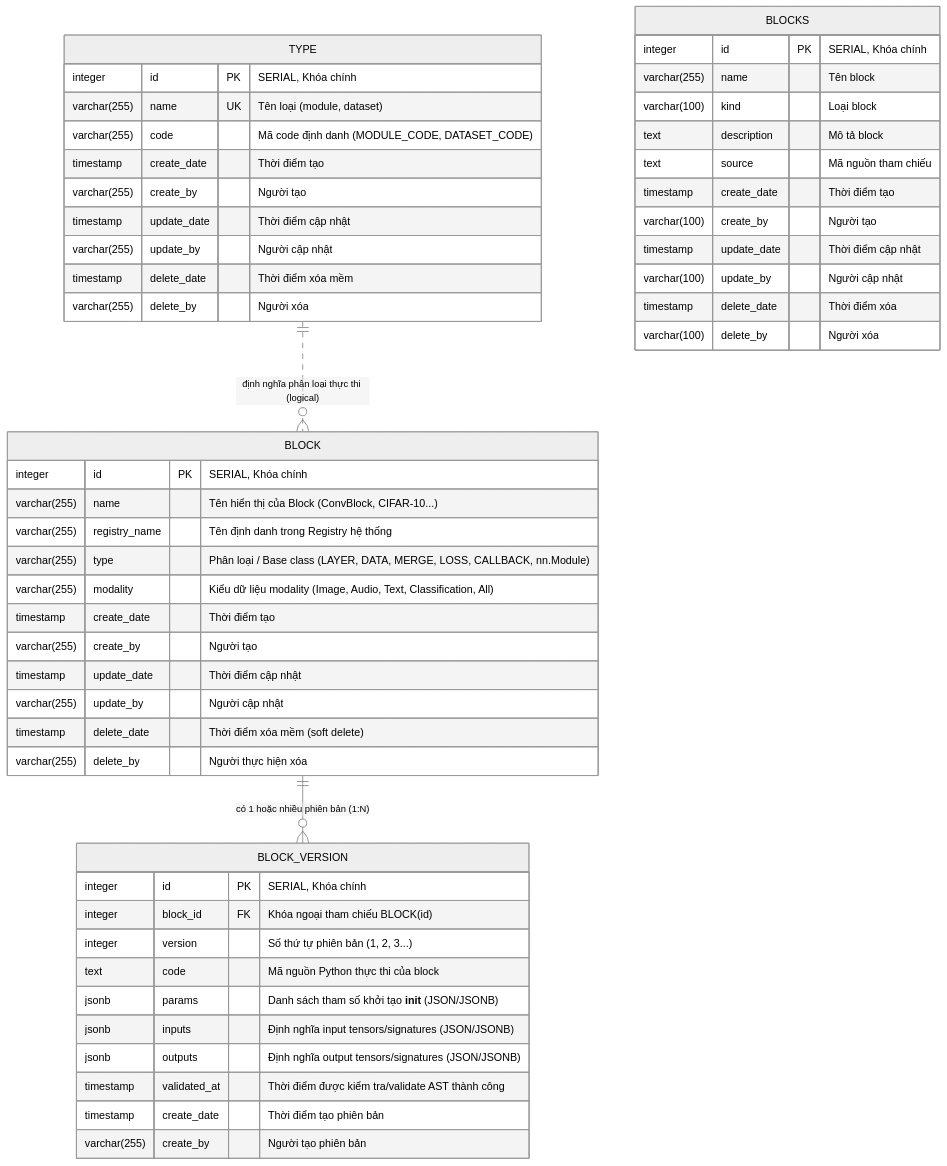
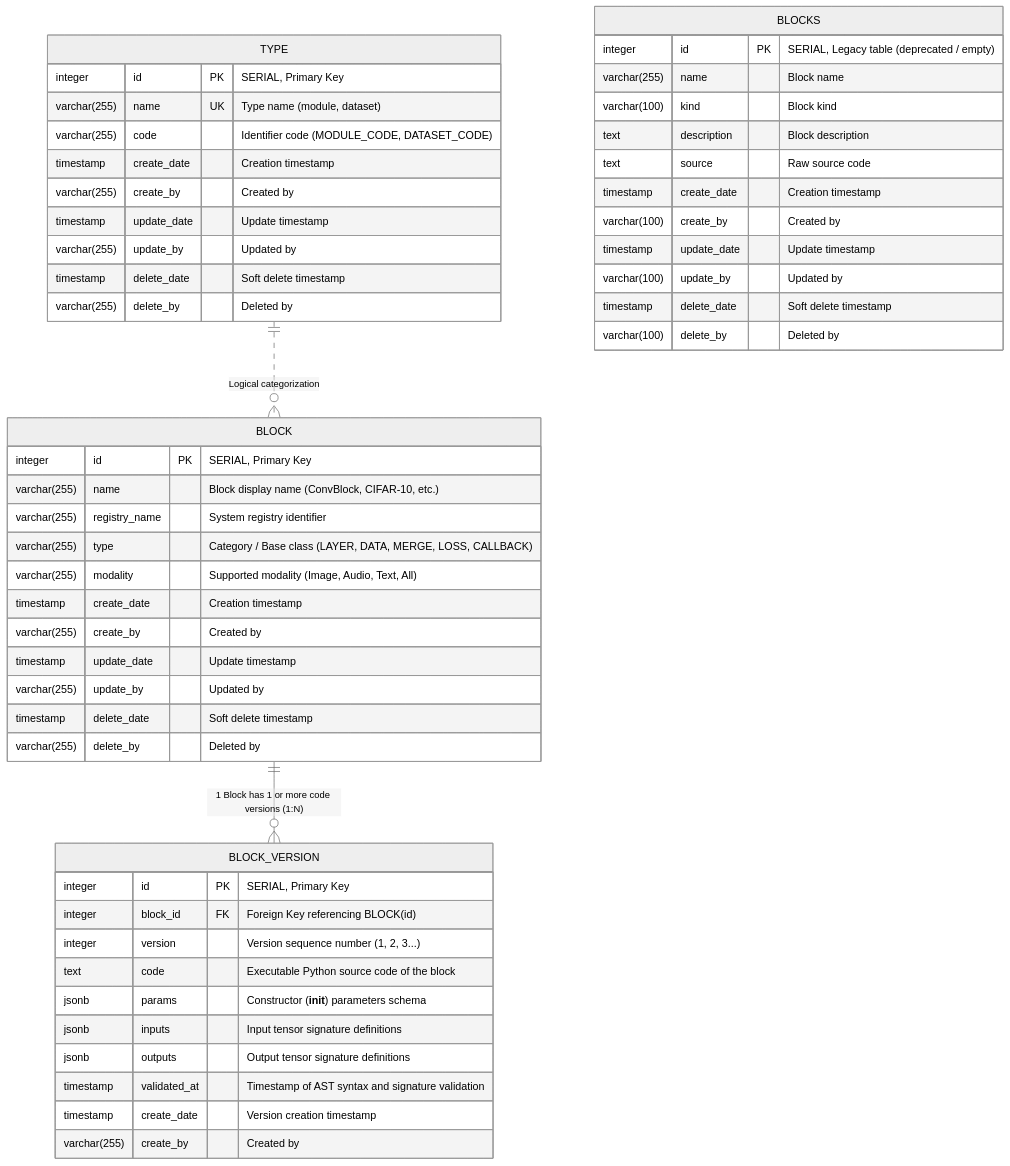
Before and after one commit to Deeplearning-framework-generator/Webapp: the diagram in docs/ERD.md, drawn with Mermaid (neutral theme). The commit also changed other lines of this file and 10 other files, not shown here.

Commit message:
[ThinhNHH] add block version conflict modal, auto increment version on replace, and gitignore docker compose

````diff
--- a/docs/ERD.md
+++ b/docs/ERD.md
@@ -9,58 +9,58 @@
 ```mermaid
 erDiagram
     TYPE {
-        integer id PK "SERIAL, Khóa chính"
-        varchar(255) name UK "Tên loại (module, dataset)"
-        varchar(255) code "Mã code định danh (MODULE_CODE, DATASET_CODE)"
-        timestamp create_date "Thời điểm tạo"
-        varchar(255) create_by "Người tạo"
-        timestamp update_date "Thời điểm cập nhật"
-        varchar(255) update_by "Người cập nhật"
-        timestamp delete_date "Thời điểm xóa mềm"
-        varchar(255) delete_by "Người xóa"
+        integer id PK "SERIAL, Primary Key"
+        varchar(255) name UK "Type name (module, dataset)"
+        varchar(255) code "Identifier code (MODULE_CODE, DATASET_CODE)"
+        timestamp create_date "Creation timestamp"
+        varchar(255) create_by "Created by"
+        timestamp update_date "Update timestamp"
+        varchar(255) update_by "Updated by"
+        timestamp delete_date "Soft delete timestamp"
+        varchar(255) delete_by "Deleted by"
     }
 
     BLOCK {
-        integer id PK "SERIAL, Khóa chính"
-        varchar(255) name "Tên hiển thị của Block (ConvBlock, CIFAR-10...)"
-        varchar(255) registry_name "Tên định danh trong Registry hệ thống"
-        varchar(255) type "Phân loại / Base class (LAYER, DATA, MERGE, LOSS, CALLBACK, nn.Module)"
-        varchar(255) modality "Kiểu dữ liệu modality (Image, Audio, Text, Classification, All)"
-        timestamp create_date "Thời điểm tạo"
-        varchar(255) create_by "Người tạo"
-        timestamp update_date "Thời điểm cập nhật"
-        varchar(255) update_by "Người cập nhật"
-        timestamp delete_date "Thời điểm xóa mềm (soft delete)"
-        varchar(255) delete_by "Người thực hiện xóa"
+        integer id PK "SERIAL, Primary Key"
+        varchar(255) name "Block display name (ConvBlock, CIFAR-10, etc.)"
+        varchar(255) registry_name "System registry identifier"
+        varchar(255) type "Category / Base class (LAYER, DATA, MERGE, LOSS, CALLBACK)"
+        varchar(255) modality "Supported modality (Image, Audio, Text, All)"
+        timestamp create_date "Creation timestamp"
+        varchar(255) create_by "Created by"
+        timestamp update_date "Update timestamp"
+        varchar(255) update_by "Updated by"
+        timestamp delete_date "Soft delete timestamp"
+        varchar(255) delete_by "Deleted by"
     }
 
     BLOCK_VERSION {
-        integer id PK "SERIAL, Khóa chính"
-        integer block_id FK "Khóa ngoại tham chiếu BLOCK(id)"
-        integer version "Số thứ tự phiên bản (1, 2, 3...)"
-        text code "Mã nguồn Python thực thi của block"
-        jsonb params "Danh sách tham số khởi tạo __init__ (JSON/JSONB)"
-        jsonb inputs "Định nghĩa input tensors/signatures (JSON/JSONB)"
-        jsonb outputs "Định nghĩa output tensors/signatures (JSON/JSONB)"
-        timestamp validated_at "Thời điểm được kiểm tra/validate AST thành công"
-        timestamp create_date "Thời điểm tạo phiên bản"
-        varchar(255) create_by "Người tạo phiên bản"
+        integer id PK "SERIAL, Primary Key"
+        integer block_id FK "Foreign Key referencing BLOCK(id)"
+        integer version "Version sequence number (1, 2, 3...)"
+        text code "Executable Python source code of the block"
+        jsonb params "Constructor (__init__) parameters schema"
+        jsonb inputs "Input tensor signature definitions"
+        jsonb outputs "Output tensor signature definitions"
+        timestamp validated_at "Timestamp of AST syntax and signature validation"
+        timestamp create_date "Version creation timestamp"
+        varchar(255) create_by "Created by"
     }
 
     BLOCKS {
-        integer id PK "SERIAL, Khóa chính"
-        varchar(255) name "Tên block"
-        varchar(100) kind "Loại block"
-        text description "Mô tả block"
-        text source "Mã nguồn tham chiếu"
-        timestamp create_date "Thời điểm tạo"
-        varchar(100) create_by "Người tạo"
-        timestamp update_date "Thời điểm cập nhật"
-        varchar(100) update_by "Người cập nhật"
-        timestamp delete_date "Thời điểm xóa"
-        varchar(100) delete_by "Người xóa"
+        integer id PK "SERIAL, Legacy table (deprecated / empty)"
+        varchar(255) name "Block name"
+        varchar(100) kind "Block kind"
+        text description "Block description"
+        text source "Raw source code"
+        timestamp create_date "Creation timestamp"
+        varchar(100) create_by "Created by"
+        timestamp update_date "Update timestamp"
+        varchar(100) update_by "Updated by"
+        timestamp delete_date "Soft delete timestamp"
+        varchar(100) delete_by "Deleted by"
     }
 
-    BLOCK ||--o{ BLOCK_VERSION : "có 1 hoặc nhiều phiên bản (1:N)"
-    TYPE ||..o{ BLOCK : "định nghĩa phân loại thực thi (logical)"
+    BLOCK ||--o{ BLOCK_VERSION : "1 Block has 1 or more code versions (1:N)"
+    TYPE ||..o{ BLOCK : "Logical categorization"
 ```
````
